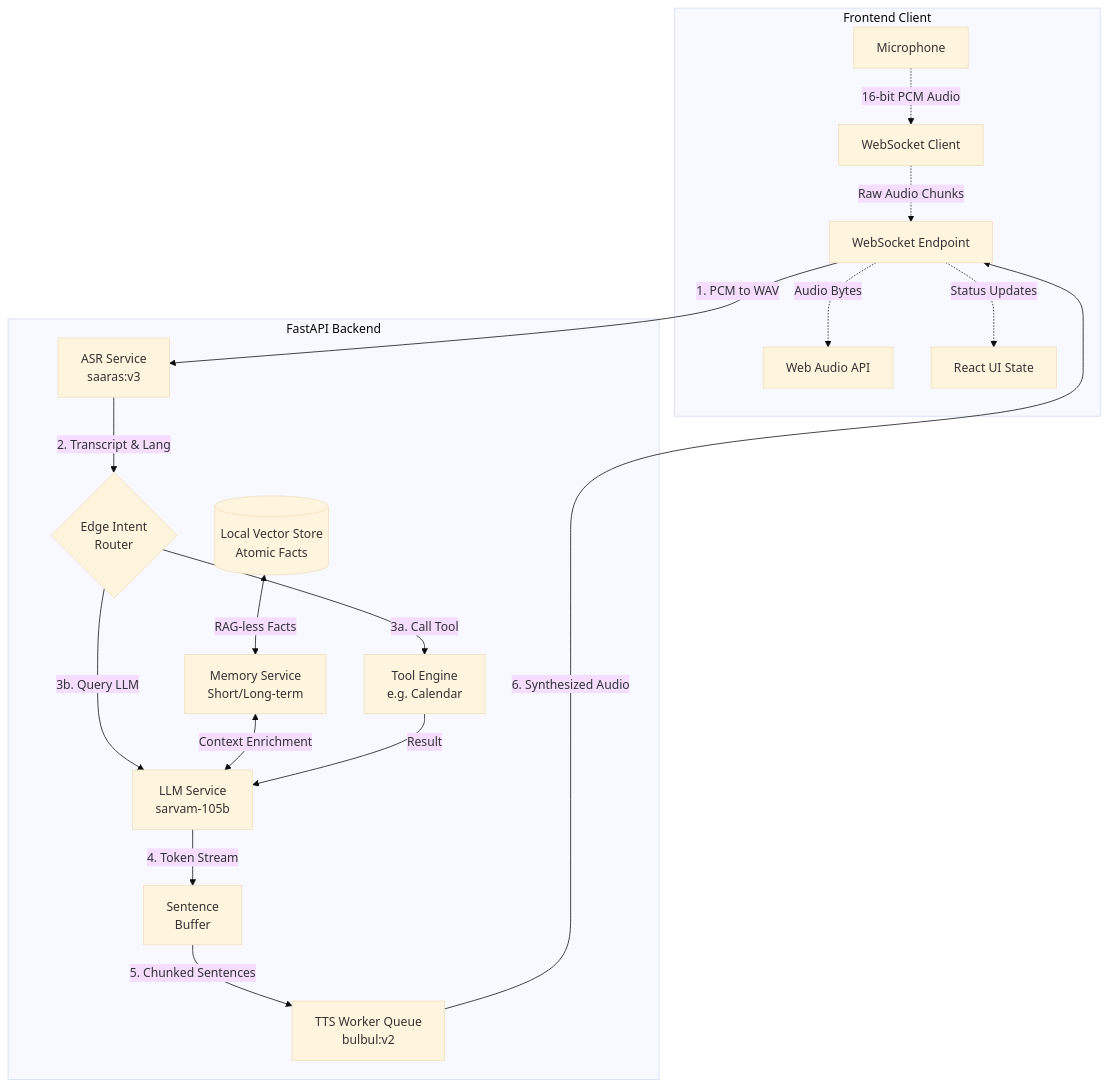
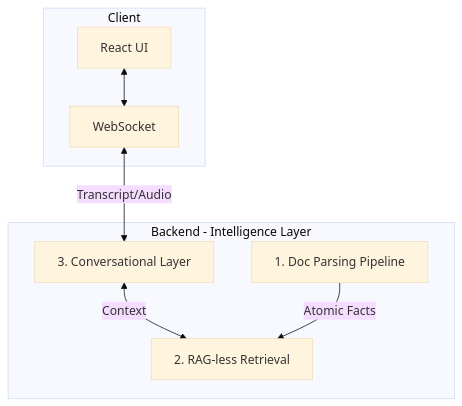
The first of 4 diagrams in README.md (VaradSinghal/Vaani), drawn with Mermaid (base theme) before and after one commit. The commit also changed other lines of this file, not shown here.

````diff
--- a/README.md
+++ b/README.md
@@ -13,34 +11,16 @@
 ```mermaid
 graph TD
-    subgraph Frontend Client
-        Mic[Microphone] -.->|16-bit PCM Audio| WS_Client[WebSocket Client]
-        WS_Client -.->|Raw Audio Chunks| Backend_WS
-        Backend_WS -.->|Audio Bytes| AudioCtx[Web Audio API]
-        Backend_WS -.->|Status Updates| UI[React UI State]
+    subgraph Client
+        UI[React UI] <--> WS[WebSocket]
     end
 
-    subgraph FastAPI Backend
-        Backend_WS[WebSocket Endpoint]
-        ASR[ASR Service \n saaras:v3]
-        Router{Edge Intent \n Router}
-        Tool[Tool Engine \n e.g. Calendar]
-        LLM[LLM Service \n sarvam-105b]
-        Buffer[Sentence \n Buffer]
-        TTS[TTS Worker Queue \n bulbul:v2]
-        Memory[Memory Service \n Short/Long-term]
-        Store[(Local Vector Store \n Atomic Facts)]
+    subgraph "Backend - Intelligence Layer"
+        Parser[1. Doc Parsing Pipeline]
+        Vector[2. RAG-less Retrieval]
+        Memory[3. Conversational Layer]
+    end
 
-        Backend_WS -->|1. PCM to WAV| ASR
-        ASR -->|2. Transcript & Lang| Router
-        Router -->|3a. Call Tool| Tool
-        Router -->|3b. Query LLM| LLM
-        
-        Memory <-->|Context Enrichment| LLM
-        Store <-->|RAG-less Facts| Memory
-        
-        Tool -->|Result| LLM
-        LLM -->|4. Token Stream| Buffer
-        Buffer -->|5. Chunked Sentences| TTS
-        TTS -->|6. Synthesized Audio| Backend_WS
-    end
+    WS <--> |Transcript/Audio| Memory
+    Memory <--> |Context| Vector
+    Parser --> |Atomic Facts| Vector
 ```
````
